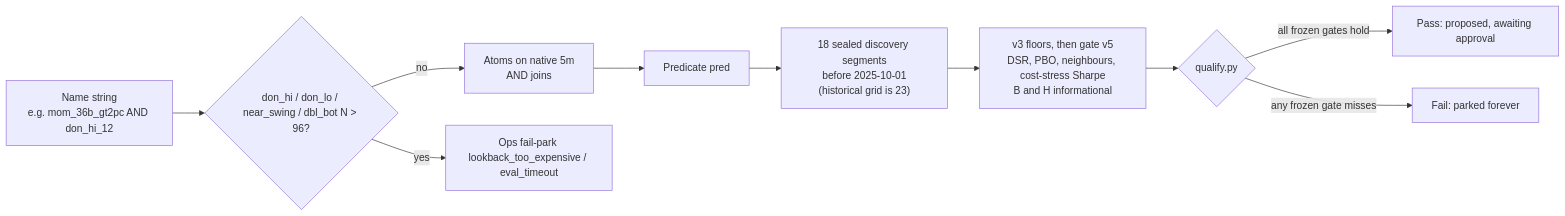
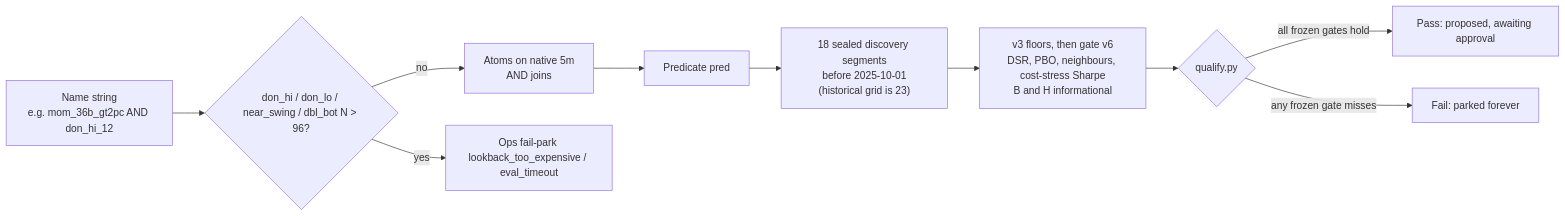
One commit to Runemark7/paper-trading-bot changed the second of 3 diagrams in docs/WORKFLOW.md. Above: the diagram before and after it, drawn with Mermaid. The commit also changed other lines of this file and 50 other files, not shown here.

````diff
--- a/docs/WORKFLOW.md
+++ b/docs/WORKFLOW.md
@@ -115,19 +126,19 @@
 ```mermaid
 flowchart LR
   name["Name string\ne.g. mom_36b_gt2pc AND don_hi_12"]
   cap{"don_hi / don_lo / near_swing / dbl_bot N > 96?"}
   atoms["Atoms on native 5m\nAND joins"]
   pred["Predicate pred"]
   windows["18 sealed discovery segments\nbefore 2025-10-01\n(historical grid is 23)"]
-  score["v3 floors, then gate v5\nDSR, PBO, neighbours, cost-stress Sharpe\nB and H informational"]
+  score["v3 floors, then gate v6\nDSR, PBO, neighbours, cost-stress Sharpe\nB and H informational"]
   decision{"qualify.py"}
   passNode["Pass: proposed, awaiting approval"]
   failNode["Fail: parked forever"]
   opsPark["Ops fail-park lookback_too_expensive / eval_timeout"]
 
   name --> cap
   cap -->|yes| opsPark
   cap -->|no| atoms --> pred --> windows --> score --> decision
   decision -->|"all frozen gates hold"| passNode
   decision -->|"any frozen gate misses"| failNode
 ```
````
